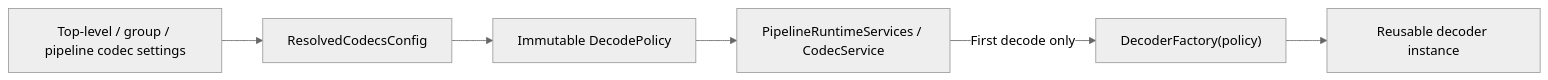
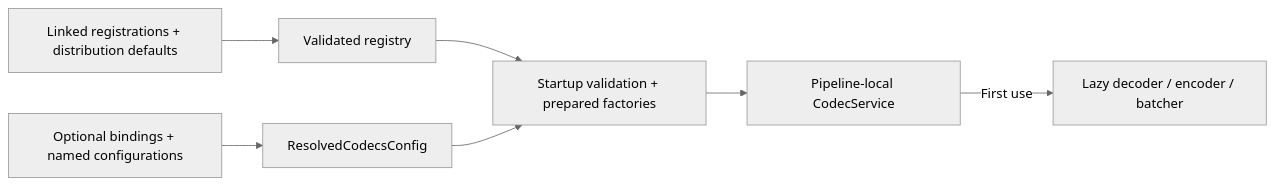
One commit to lquerel/otel-arrow changed the second of 5 diagrams in rust/otap-dataflow/crates/pdata-codec/README.md. Above: the diagram before and after it, drawn with Mermaid (neutral theme). The commit also changed other lines of this file and 31 other files, not shown here.

Commit message:
feat(pdata): add optional codec bindings and named configurations

````diff
--- a/rust/otap-dataflow/crates/pdata-codec/README.md
+++ b/rust/otap-dataflow/crates/pdata-codec/README.md
@@ -169,8 +175,9 @@
 ```mermaid
 flowchart LR
-    scopes["Top-level / group / pipeline codec settings"] --> resolved["ResolvedCodecsConfig"]
-    resolved --> policy["Immutable DecodePolicy"]
-    policy --> service["PipelineRuntimeServices / CodecService"]
-    service -->|"First decode only"| factory["DecoderFactory(policy)"]
-    factory --> decoder["Reusable decoder instance"]
+    linked["Linked registrations + distribution defaults"] --> registry["Validated registry"]
+    scopes["Optional bindings + named configurations"] --> resolved["ResolvedCodecsConfig"]
+    registry --> prepared["Startup validation + prepared factories"]
+    resolved --> prepared
+    prepared --> service["Pipeline-local CodecService"]
+    service -->|"First use"| instances["Lazy decoder / encoder / batcher"]
 ```
````
